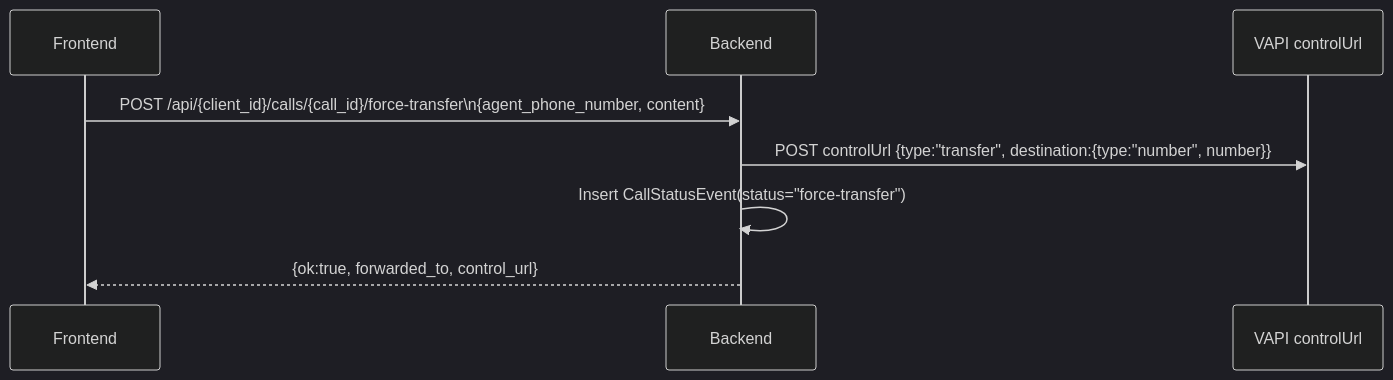
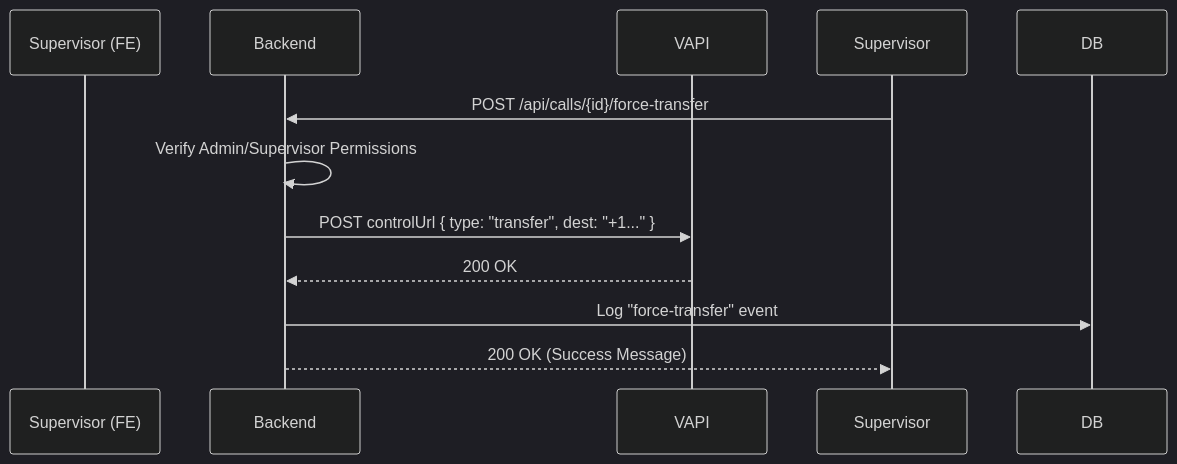
One commit to ronaks2309/fe-inbound-panel changed the ninth of 9 diagrams in architecture-diagrams.md. Above: the diagram before and after it, drawn with Mermaid (dark theme). The commit also changed other lines of this file and 3 other files, not shown here.

````diff
--- a/architecture-diagrams.md
+++ b/architecture-diagrams.md
@@ -86,11 +162,13 @@
 ```mermaid
 sequenceDiagram
-  participant F as Frontend
-  participant B as Backend
-  participant V as VAPI controlUrl
+    participant Supervisor (FE)
+    participant BE as Backend
+    participant V as VAPI
 
-  F->>B: POST /api/{client_id}/calls/{call_id}/force-transfer\n{agent_phone_number, content}
-  B->>V: POST controlUrl {type:"transfer", destination:{type:"number", number}}
-  B->>B: Insert CallStatusEvent(status="force-transfer")
-  B-->>F: {ok:true, forwarded_to, control_url}
+    Supervisor->>BE: POST /api/calls/{id}/force-transfer
+    BE->>BE: Verify Admin/Supervisor Permissions
+    BE->>V: POST controlUrl { type: "transfer", dest: "+1..." }
+    V-->>BE: 200 OK
+    BE->>DB: Log "force-transfer" event
+    BE-->>Supervisor: 200 OK (Success Message)
 ```
````
